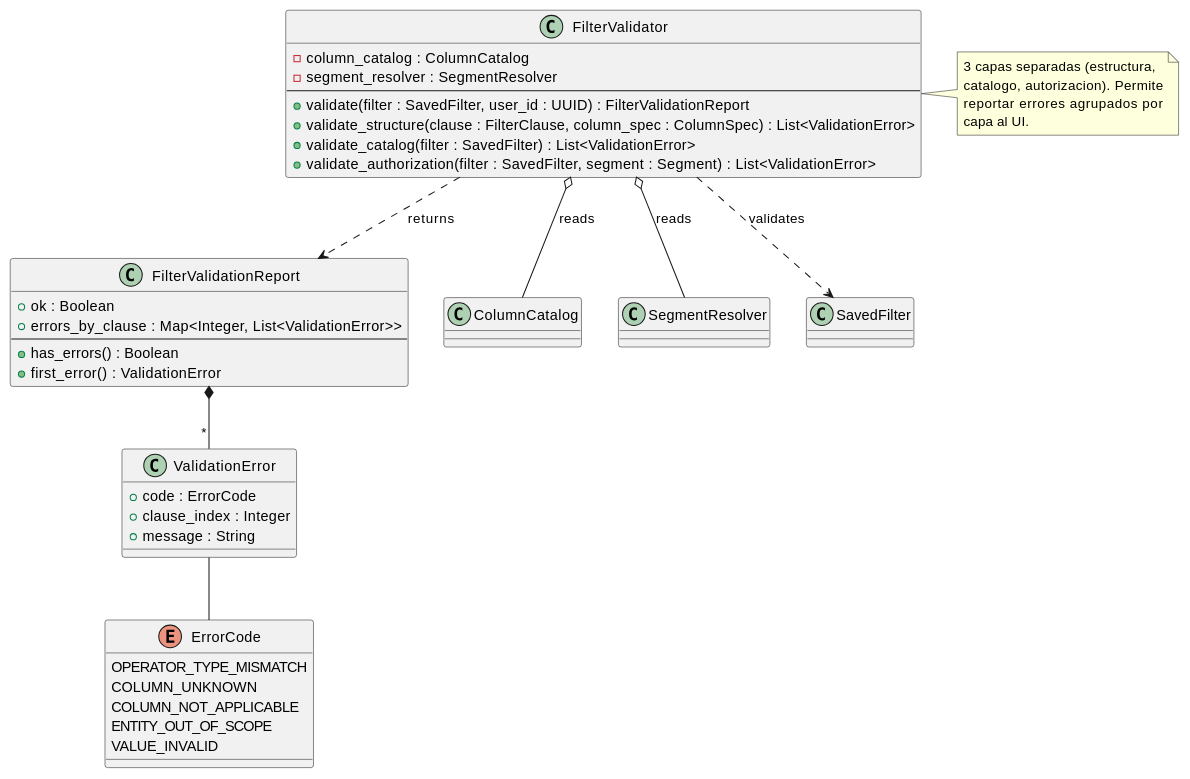
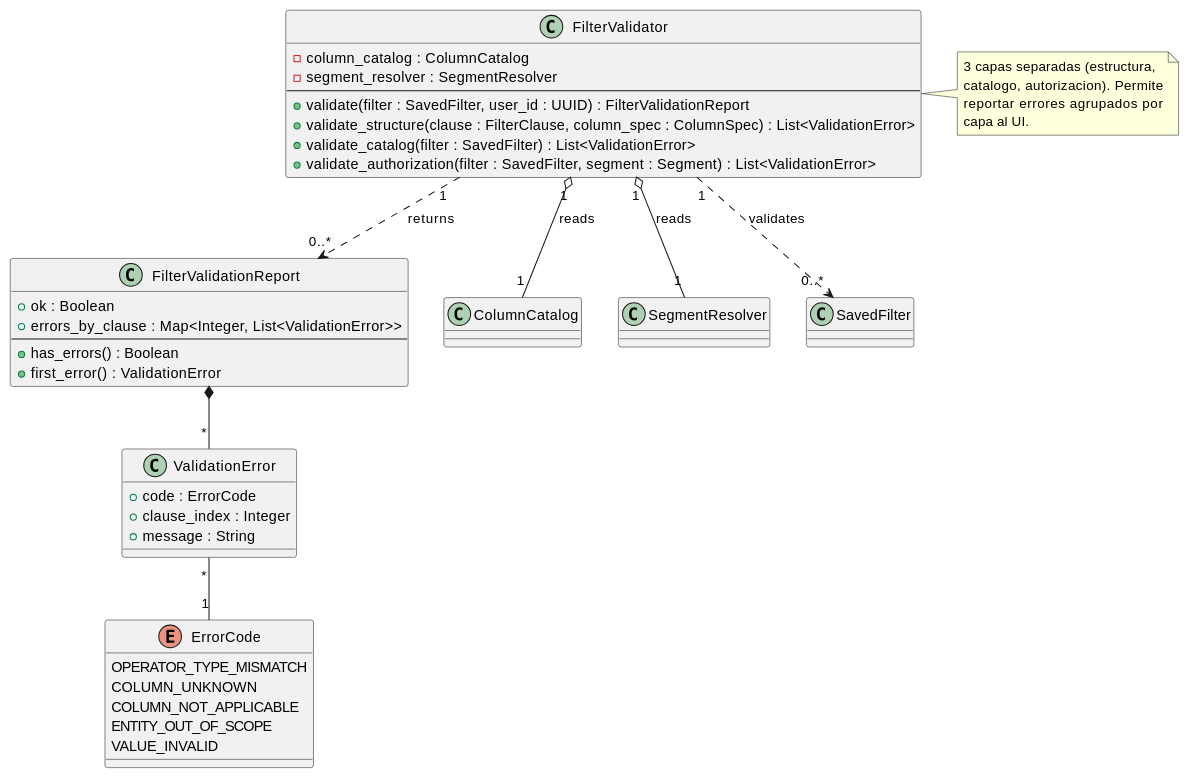
The diagram in source/arquitectura-tecnica/domain-model/filter-validator.rst (jcg-admin/IACT-docs), drawn with PlantUML before and after one commit. The commit also changed 44 other files, not shown here.

First line of the commit message:
Apply UML rigor pass batch 3: sweep multiplicities + checklist

```diff
--- a/source/arquitectura-tecnica/domain-model/filter-validator.rst
+++ b/source/arquitectura-tecnica/domain-model/filter-validator.rst
@@ -34,57 +34,57 @@
 .. uml::
  :caption: Clase FilterValidator — validación estructural
            + catálogo + autorización de SavedFilter.
 
  @startuml
 
  class FilterValidator {
    - column_catalog : ColumnCatalog
    - segment_resolver : SegmentResolver
    --
    + validate(filter : SavedFilter, user_id : UUID) : FilterValidationReport
    + validate_structure(clause : FilterClause, column_spec : ColumnSpec) : List<ValidationError>
    + validate_catalog(filter : SavedFilter) : List<ValidationError>
    + validate_authorization(filter : SavedFilter, segment : Segment) : List<ValidationError>
  }
 
  class FilterValidationReport {
    + ok : Boolean
    + errors_by_clause : Map<Integer, List<ValidationError>>
    --
    + has_errors() : Boolean
    + first_error() : ValidationError
  }
 
  class ValidationError {
    + code : ErrorCode
    + clause_index : Integer
    + message : String
  }
 
  enum ErrorCode {
    OPERATOR_TYPE_MISMATCH
    COLUMN_UNKNOWN
    COLUMN_NOT_APPLICABLE
    ENTITY_OUT_OF_SCOPE
    VALUE_INVALID
  }
 
  class ColumnCatalog
  class SegmentResolver
  class SavedFilter
 
- FilterValidator o-- ColumnCatalog : reads
- FilterValidator o-- SegmentResolver : reads
- FilterValidator ..> SavedFilter : validates
- FilterValidator ..> FilterValidationReport : returns
+ FilterValidator "1" o-- "1" ColumnCatalog : reads
+ FilterValidator "1" o-- "1" SegmentResolver : reads
+ FilterValidator "1" ..> "0..*" SavedFilter : validates
+ FilterValidator "1" ..> "0..*" FilterValidationReport : returns
  FilterValidationReport *-- "*" ValidationError
- ValidationError -- ErrorCode
+ ValidationError "*" -- "1" ErrorCode
 
  note right of FilterValidator
    3 capas separadas (estructura,
    catalogo, autorizacion). Permite
    reportar errores agrupados por
    capa al UI.
  end note
 
  @enduml
```
